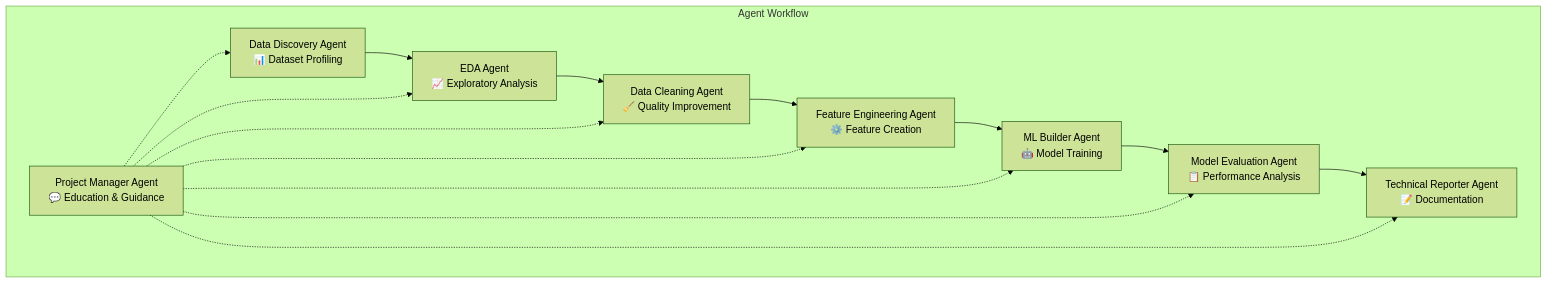
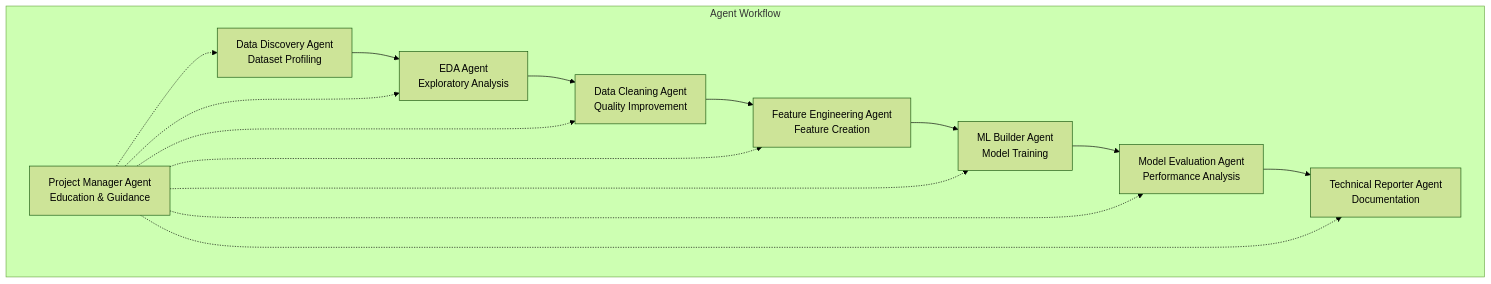
One commit to Mohan-this-side/Classify.ai changed the diagram in README.md. Above: the diagram before and after it, drawn with Mermaid (forest theme). The commit also changed other lines of this file, not shown here.

````diff
--- a/README.md
+++ b/README.md
@@ -56,27 +56,27 @@
 ```mermaid
 graph TB
     subgraph "Agent Workflow"
-        DD[Data Discovery Agent<br/>📊 Dataset Profiling]
-        EDA[EDA Agent<br/>📈 Exploratory Analysis]
-        DC[Data Cleaning Agent<br/>🧹 Quality Improvement]
-        FE[Feature Engineering Agent<br/>⚙️ Feature Creation]
-        ML[ML Builder Agent<br/>🤖 Model Training]
-        ME[Model Evaluation Agent<br/>📋 Performance Analysis]
-        TR[Technical Reporter Agent<br/>📝 Documentation]
-        PM[Project Manager Agent<br/>💬 Education & Guidance]
+        DD[Data Discovery Agent<br/>Dataset Profiling]
+        EDA[EDA Agent<br/>Exploratory Analysis]
+        DC[Data Cleaning Agent<br/>Quality Improvement]
+        FE[Feature Engineering Agent<br/>Feature Creation]
+        ML[ML Builder Agent<br/>Model Training]
+        ME[Model Evaluation Agent<br/>Performance Analysis]
+        TR[Technical Reporter Agent<br/>Documentation]
+        PM[Project Manager Agent<br/>Education & Guidance]
     end
     
     DD --> EDA
     EDA --> DC
     DC --> FE
     FE --> ML
     ML --> ME
     ME --> TR
     PM -.-> DD
     PM -.-> EDA
     PM -.-> DC
     PM -.-> FE
     PM -.-> ML
     PM -.-> ME
     PM -.-> TR
 ```
````
